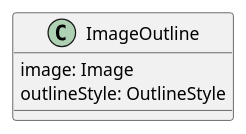
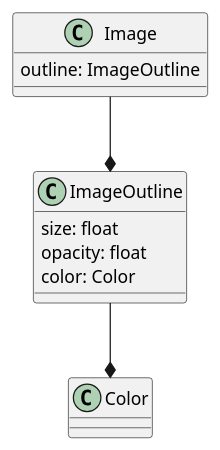
One commit to opengeospatial/styles-and-symbology changed the second of 2 diagrams in core/sections/clause_12_graphical_hierarchy.adoc. Above: the diagram before and after it, drawn with PlantUML. The commit also changed other lines of this file, not shown here.

Commit message:
update Image Outlines in clause_12

```diff
--- a/core/sections/clause_12_graphical_hierarchy.adoc
+++ b/core/sections/clause_12_graphical_hierarchy.adoc
@@ -60,5 +60,10 @@
 [plantuml, target=diagram-classes, format=png]
 ....
-ImageOutline : image: Image
-ImageOutline : outlineStyle: OutlineStyle
+Image --* ImageOutline
+Image : outline: ImageOutline
+
+ImageOutline : size: float
+ImageOutline : opacity: float
+ImageOutline : color: Color
+ImageOutline --* Color
 ....
```
